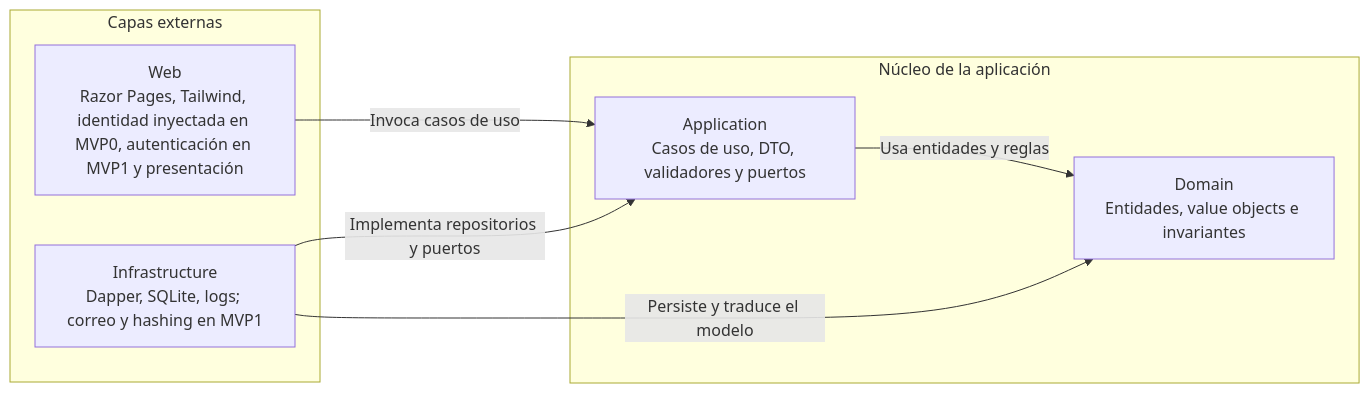
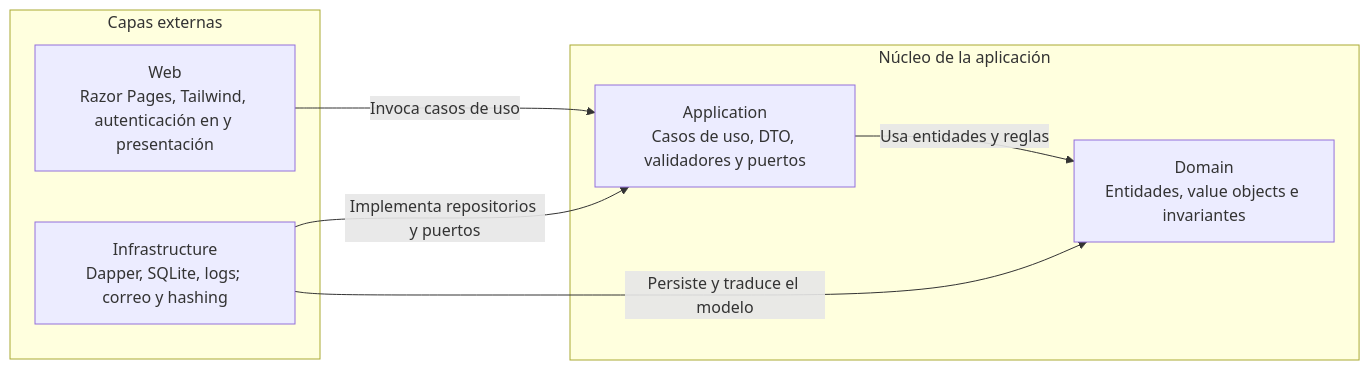
One commit to DaveSoftDev/Linkubator changed the diagram in context/diagrams/architecture-layers.md. Above: the diagram before and after it, drawn with Mermaid. The commit also changed other lines of this file and 29 other files, not shown here.

````diff
--- a/context/diagrams/architecture-layers.md
+++ b/context/diagrams/architecture-layers.md
@@ -5,17 +5,17 @@
 ```mermaid
 flowchart LR
     subgraph outer[Capas externas]
-        Web["Web<br/>Razor Pages, Tailwind, identidad inyectada en MVP0, autenticación en MVP1 y presentación"]
-        Infrastructure["Infrastructure<br/>Dapper, SQLite, logs; correo y hashing en MVP1"]
+        Web["Web<br/>Razor Pages, Tailwind, autenticación en y presentación"]
+        Infrastructure["Infrastructure<br/>Dapper, SQLite, logs; correo y hashing"]
     end
 
     subgraph core[Núcleo de la aplicación]
         Application["Application<br/>Casos de uso, DTO, validadores y puertos"]
         Domain["Domain<br/>Entidades, value objects e invariantes"]
     end
 
     Web -->|Invoca casos de uso| Application
     Application -->|Usa entidades y reglas| Domain
     Infrastructure -->|Implementa repositorios y puertos| Application
     Infrastructure -->|Persiste y traduce el modelo| Domain
 ```
````
